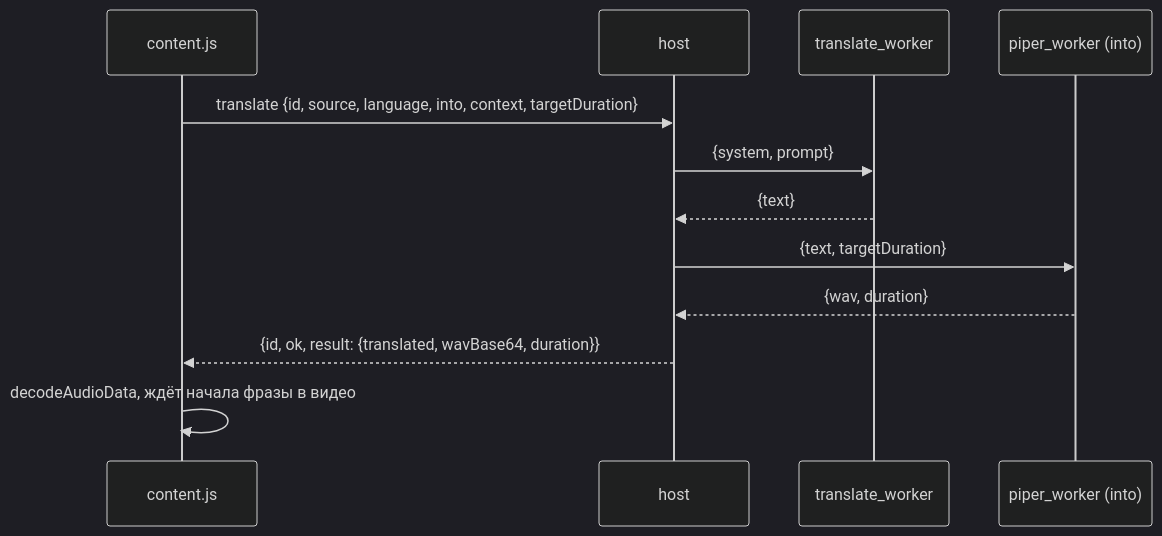
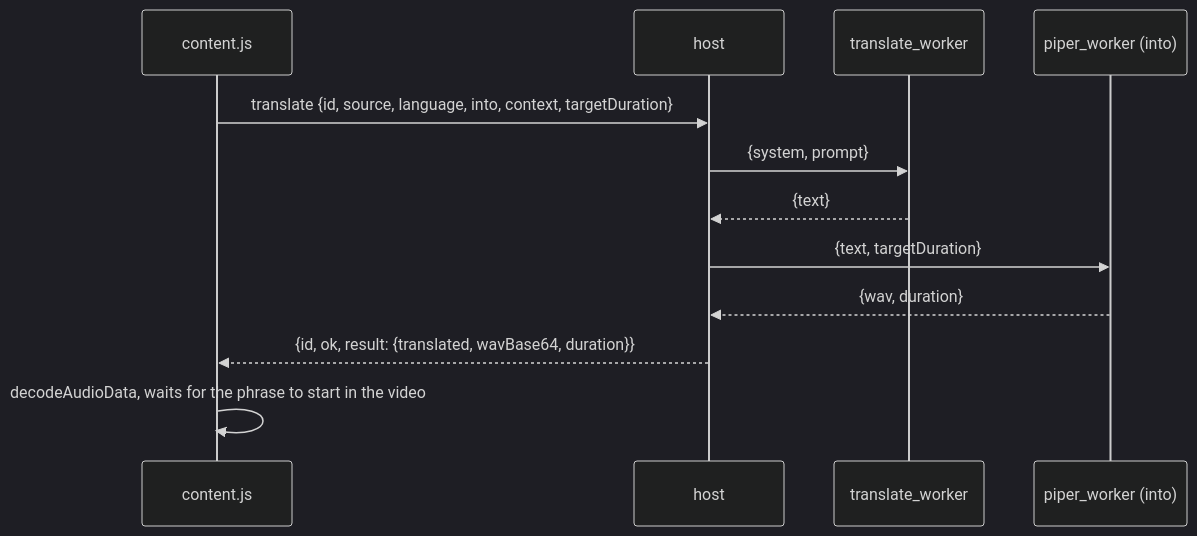
Before and after one commit to secretpray/local-youtube-dub: the second of 3 diagrams in docs/ARCHITECTURE.md, drawn with Mermaid (dark theme). The commit also changed other lines of this file and 16 other files, not shown here.

````diff
--- a/docs/ARCHITECTURE.md
+++ b/docs/ARCHITECTURE.md
@@ -51,14 +51,14 @@
 ```mermaid
 sequenceDiagram
   participant C as content.js
   participant H as host
   participant T as translate_worker
   participant V as piper_worker (into)
   C->>H: translate {id, source, language, into, context, targetDuration}
   H->>T: {system, prompt}
   T-->>H: {text}
   H->>V: {text, targetDuration}
   V-->>H: {wav, duration}
   H-->>C: {id, ok, result: {translated, wavBase64, duration}}
-  C->>C: decodeAudioData, ждёт начала фразы в видео
+  C->>C: decodeAudioData, waits for the phrase to start in the video
 ```
````
